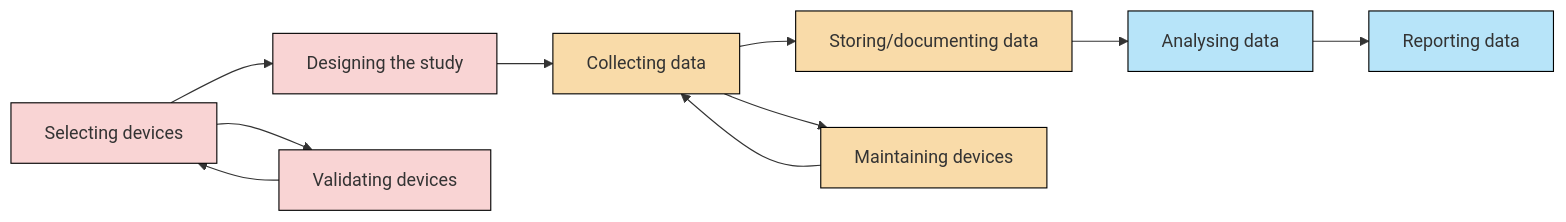
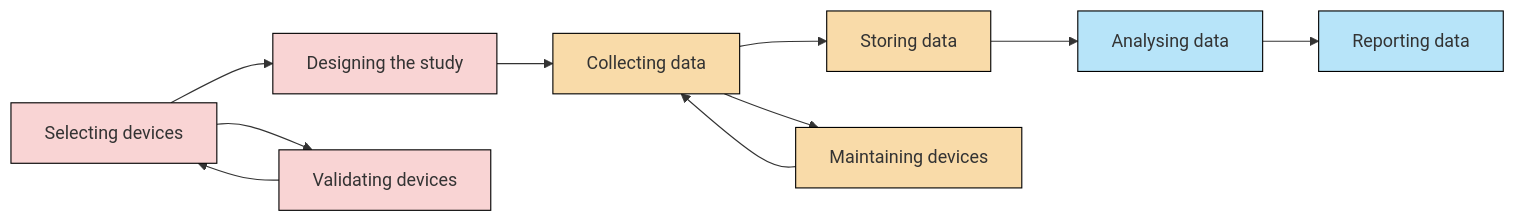
Before and after one commit to RDA-WG-VisualExperienceData/ResearcherGuide: the diagram in index.qmd, drawn with Mermaid.

````diff
--- a/index.qmd
+++ b/index.qmd
@@ -38,25 +38,25 @@
 ```{mermaid}
 flowchart LR
     A[Selecting devices] --> B[Designing the study]
     B --> C[Collecting data]
-    C --> D[Storing/documenting data]
+    C --> D[Storing data]
     D --> E[Analysing data]
     E --> F[Reporting data]
 
     A --> G[Validating devices]
     G --> A
 
     C --> H[Maintaining devices]
     H --> C
 
     style A fill:#f9d4d4,stroke:#000
     style B fill:#f9d4d4,stroke:#000
     style G fill:#f9d4d4,stroke:#000
 
     style C fill:#f9dba9,stroke:#000
     style H fill:#f9dba9,stroke:#000
     style D fill:#f9dba9,stroke:#000
 
     style E fill:#b7e4f9,stroke:#000
     style F fill:#b7e4f9,stroke:#000
 ```
````
